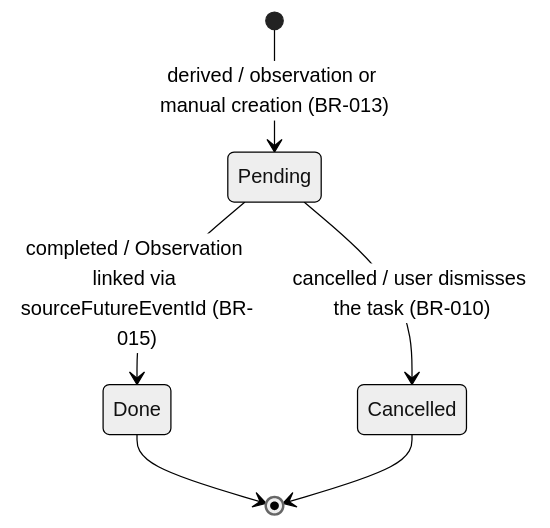
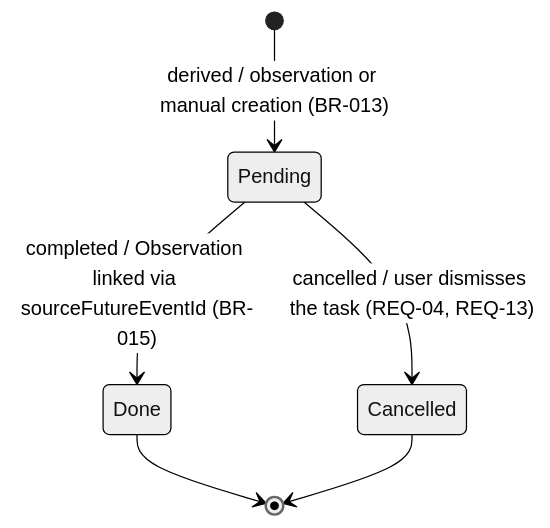
One commit to lyndametref/geep changed the diagram in docs/domain-model/object-model/planned-task-state-diagram.md. Above: the diagram before and after it, drawn with Mermaid (neutral theme). The commit also changed other lines of this file and 13 other files, not shown here.

````diff
--- a/docs/domain-model/object-model/planned-task-state-diagram.md
+++ b/docs/domain-model/object-model/planned-task-state-diagram.md
@@ -25,8 +25,8 @@
 ```mermaid
 stateDiagram-v2
     [*] --> Pending : derived / observation or manual creation (BR-013)
     Pending --> Done : completed / Observation linked via sourceFutureEventId (BR-015)
-    Pending --> Cancelled : cancelled / user dismisses the task (BR-010)
+    Pending --> Cancelled : cancelled / user dismisses the task (REQ-04, REQ-13)
     Done --> [*]
     Cancelled --> [*]
 ```
````
